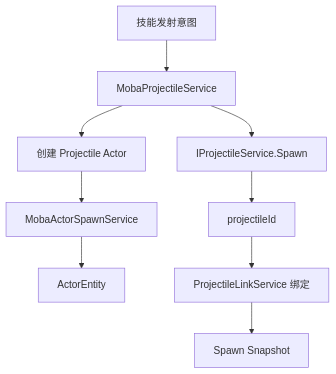
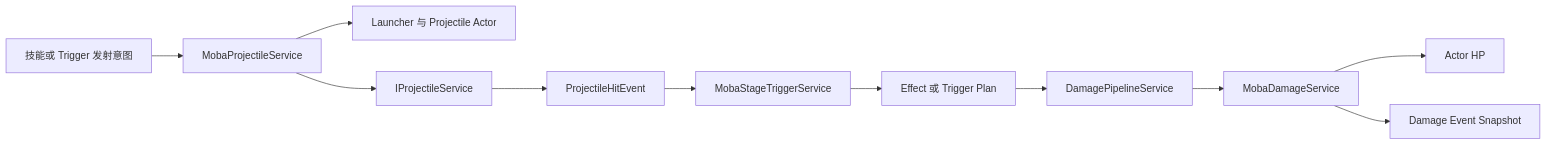
The first of 5 diagrams in Docs/design/09-ImplementationExamples/MOBA/08-ProjectileDamageDeepDive.md (Kurumioi/AbilityKit), drawn with Mermaid before and after one commit. The commit also changed other lines of this file and 118 other files, not shown here.

````diff
--- a/Docs/design/09-ImplementationExamples/MOBA/08-ProjectileDamageDeepDive.md
+++ b/Docs/design/09-ImplementationExamples/MOBA/08-ProjectileDamageDeepDive.md
@@ -24,11 +24,13 @@
 ```mermaid
-flowchart TD
-    A[技能发射意图] --> B[MobaProjectileService]
-    B --> C[创建 Projectile Actor]
-    C --> D[MobaActorSpawnService]
-    D --> E[ActorEntity]
-    B --> F[IProjectileService.Spawn]
-    F --> G[projectileId]
-    G --> H[ProjectileLinkService 绑定]
-    H --> I[Spawn Snapshot]
+flowchart LR
+    S[技能或 Trigger 发射意图] --> P[MobaProjectileService]
+    P --> A[Launcher 与 Projectile Actor]
+    P --> R[IProjectileService]
+    R --> H[ProjectileHitEvent]
+    H --> T[MobaStageTriggerService]
+    T --> E[Effect 或 Trigger Plan]
+    E --> D[DamagePipelineService]
+    D --> M[MobaDamageService]
+    M --> HP[Actor HP]
+    M --> SS[Damage Event Snapshot]
 ```
````
